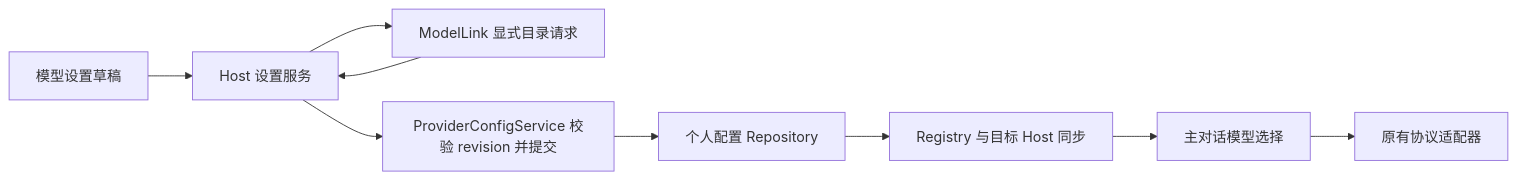
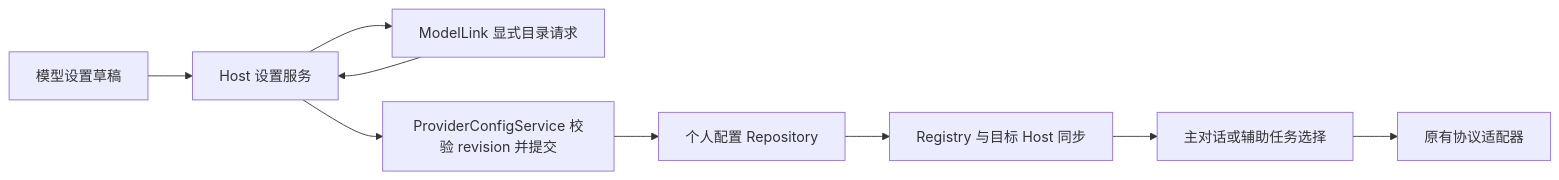
Before and after one commit to 6ccg/ZCode: the diagram in specs/modellink-providers.md, drawn with Mermaid. The commit also changed other lines of this file and 27 other files, not shown here.

````diff
--- a/specs/modellink-providers.md
+++ b/specs/modellink-providers.md
@@ -44,11 +51,11 @@
 ```mermaid
 flowchart LR
   U[模型设置草稿] --> S[Host 设置服务]
   S --> M[ModelLink 显式目录请求]
   M --> S
   S --> C[ProviderConfigService 校验 revision 并提交]
   C --> P[个人配置 Repository]
   P --> R[Registry 与目标 Host 同步]
-  R --> T[主对话模型选择]
+  R --> T[主对话或辅助任务选择]
   T --> E[原有协议适配器]
 ```
````
